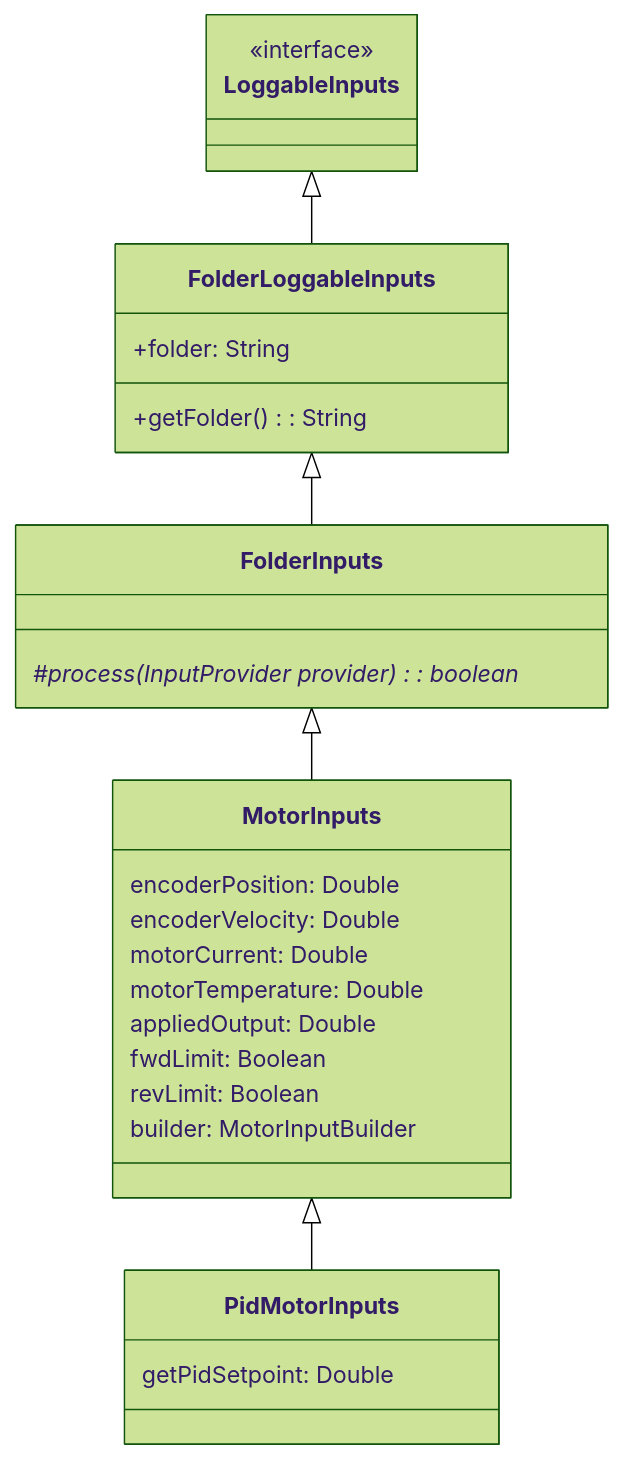
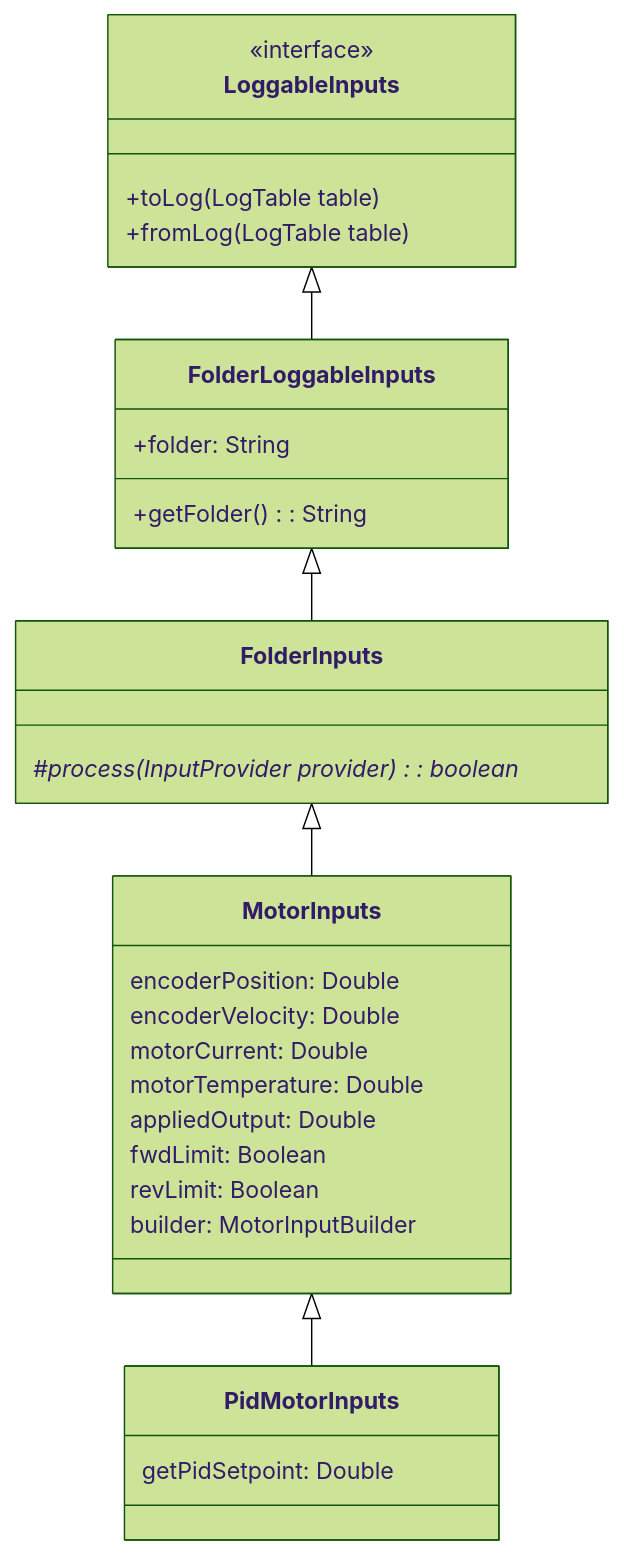
One commit to FRC4048/robot-docs changed the third of 3 diagrams in docs/subsystem-logging.md. Above: the diagram before and after it, drawn with Mermaid (forest theme). The commit also changed other lines of this file, not shown here.

````diff
--- a/docs/subsystem-logging.md
+++ b/docs/subsystem-logging.md
@@ -145,32 +147,34 @@
 ``` mermaid
 classDiagram
 LoggableInputs <|-- FolderLoggableInputs
 FolderLoggableInputs <|-- FolderInputs
 FolderInputs <|-- MotorInputs
 MotorInputs <|-- PidMotorInputs
 
 class LoggableInputs{
   <<interface>>
+  +toLog(LogTable table)
+  +fromLog(LogTable table)
 }
 
 class FolderLoggableInputs {
   +folder: String
   +getFolder(): String
 }
 class FolderInputs {
   #process(InputProvider provider): boolean*
 }
 class MotorInputs{
   encoderPosition: Double
   encoderVelocity: Double
   motorCurrent: Double
   motorTemperature: Double
   appliedOutput: Double
   fwdLimit: Boolean
   revLimit: Boolean
   builder: MotorInputBuilder<?>
 }
 class PidMotorInputs {
   getPidSetpoint: Double
 }
 ```
````
